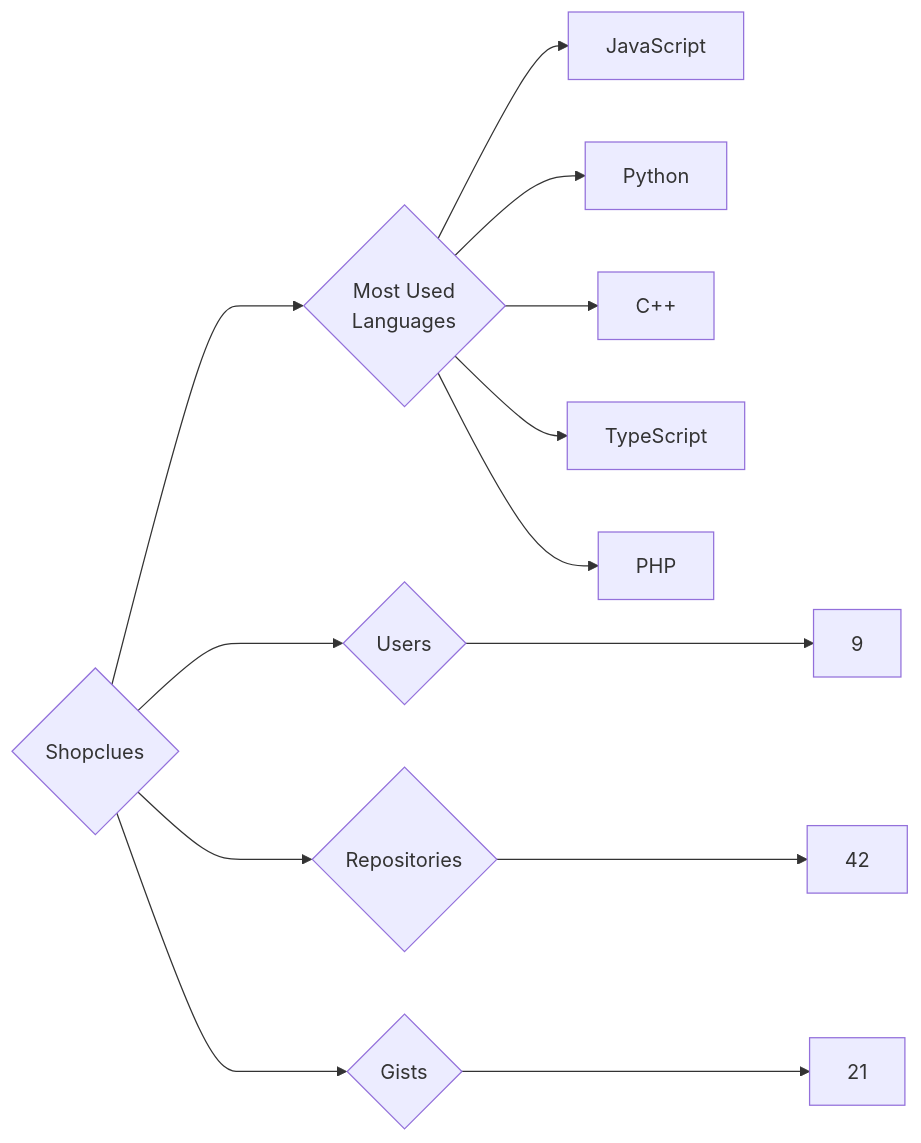
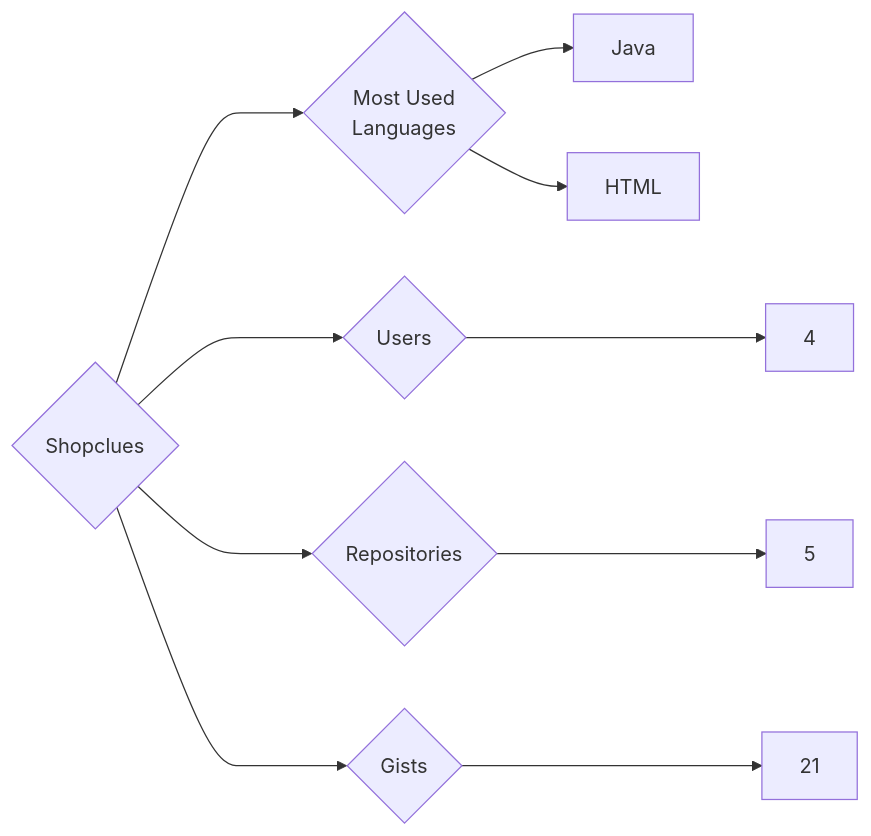
The diagram in targets/Shopclues/README.md (trickest/insiders), drawn with Mermaid before and after one commit. The commit also changed 582 other files, not shown here.

````diff
--- a/targets/Shopclues/README.md
+++ b/targets/Shopclues/README.md
@@ -3,13 +3,10 @@
 ```mermaid
 graph LR
 COMPANY_NAME{Shopclues}
-COMPANY_NAME ---> U{Users} ---> UN[9]
-COMPANY_NAME ---> R{Repositories} ---> RN[42]
+COMPANY_NAME ---> U{Users} ---> UN[4]
+COMPANY_NAME ---> R{Repositories} ---> RN[5]
 COMPANY_NAME ---> G{Gists} ---> GN[21]
 COMPANY_NAME ---> ML{Most Used<br>Languages}
-ML --> JavaScript[JavaScript]
-ML --> Python[Python]
-ML --> C++[C++]
-ML --> TypeScript[TypeScript]
-ML --> PHP[PHP]
+ML --> Java[Java]
+ML --> HTML[HTML]
 ```
````
